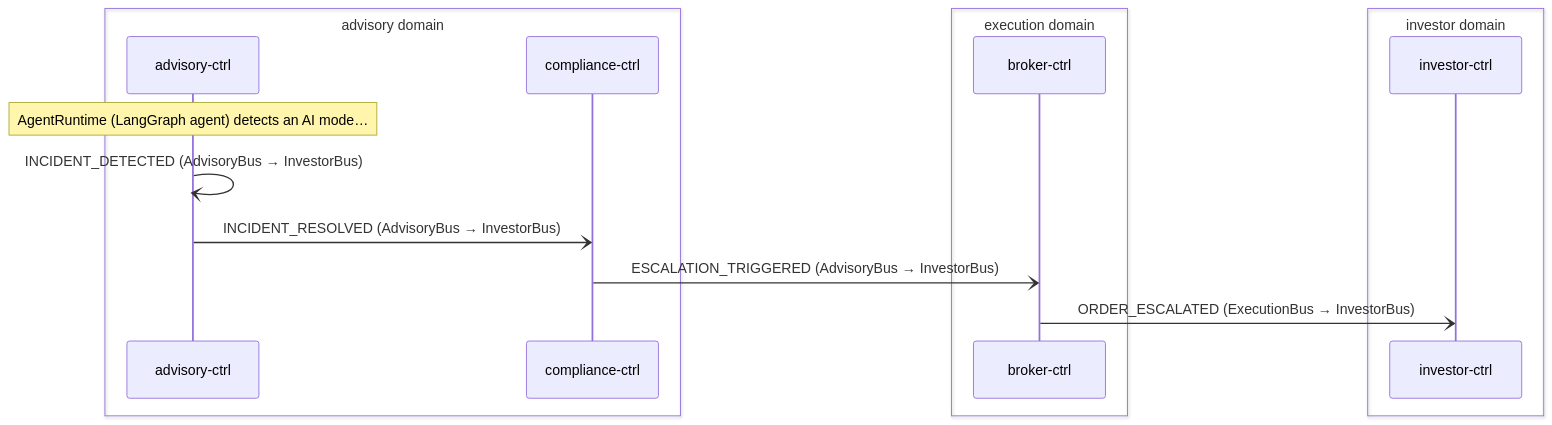
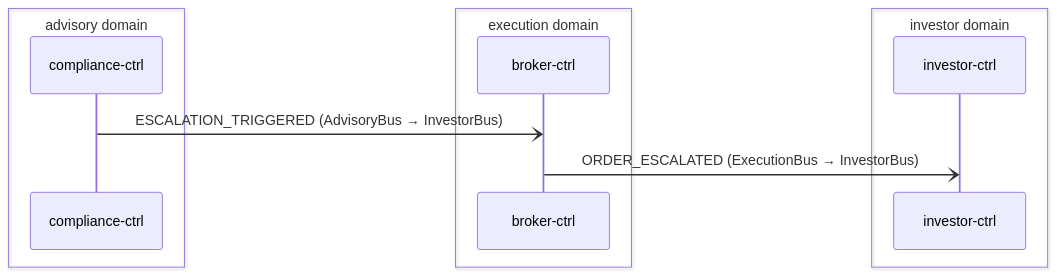
Before and after one commit to fabio-vitali/nestfolio: the second of 2 diagrams in docs/data-flows/incident-escalation.md, drawn with Mermaid. The commit also changed other lines of this file and 10 other files, not shown here.

First line of the commit message:
docs(flows): drop legacy/post-collapse prose; close out InvestorProfile collapse ACTIVE entry

````diff
--- a/docs/data-flows/incident-escalation.md
+++ b/docs/data-flows/incident-escalation.md
@@ -30,18 +28,14 @@
 ```mermaid
 sequenceDiagram
     box advisory domain
-        participant advisory_ctrl as advisory-ctrl
         participant compliance_ctrl as compliance-ctrl
     end
     box execution domain
         participant broker_ctrl as broker-ctrl
     end
     box investor domain
         participant investor_ctrl as investor-ctrl
     end
-    Note over advisory_ctrl: AgentRuntime (LangGraph agent) detects an AI mode…
-    advisory_ctrl-)advisory_ctrl: INCIDENT_DETECTED (AdvisoryBus → InvestorBus)
-    advisory_ctrl-)compliance_ctrl: INCIDENT_RESOLVED (AdvisoryBus → InvestorBus)
     compliance_ctrl-)broker_ctrl: ESCALATION_TRIGGERED (AdvisoryBus → InvestorBus)
     broker_ctrl-)investor_ctrl: ORDER_ESCALATED (ExecutionBus → InvestorBus)
 ```
````
